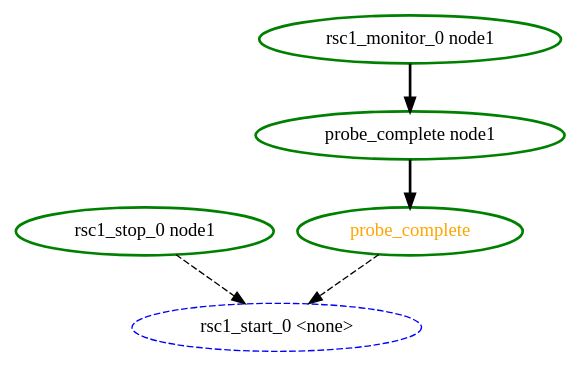
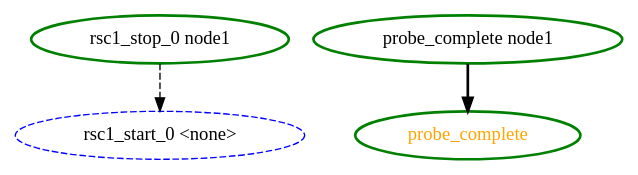
One commit to richiewen8/heartbeat changed the diagram in crm/pengine/testcases/simple4.dot. Above: the diagram before and after it, drawn with Graphviz. The commit also changed 20 other files, not shown here.

First line of the commit message:
Fix the ordering of stonith actions for Peter Kruse - stopping partially failed groups before the stonith was creating a loop   in the TE graph Avoid some unnecessary stop actions that made resources look active when   they weren't

```diff
--- a/crm/pengine/testcases/simple4.dot
+++ b/crm/pengine/testcases/simple4.dot
@@ -1,12 +1,9 @@
 digraph "g" {
 	size = "30,30"
 "rsc1_start_0 <none>" [ style="dashed" color="blue" fontcolor="black" ]
 "rsc1_stop_0 node1" [ style=bold color="green" fontcolor="black" ]
 "probe_complete" [ style=bold color="green" fontcolor="orange" ]
 "probe_complete node1" [ style=bold color="green" fontcolor="black" ]
-"rsc1_monitor_0 node1" [ style=bold color="green" fontcolor="black" ]
-"probe_complete" -> "rsc1_start_0 <none>" [ style = dashed]
 "rsc1_stop_0 node1" -> "rsc1_start_0 <none>" [ style = dashed]
 "probe_complete node1" -> "probe_complete" [ style = bold]
-"rsc1_monitor_0 node1" -> "probe_complete node1" [ style = bold]
 }
```
